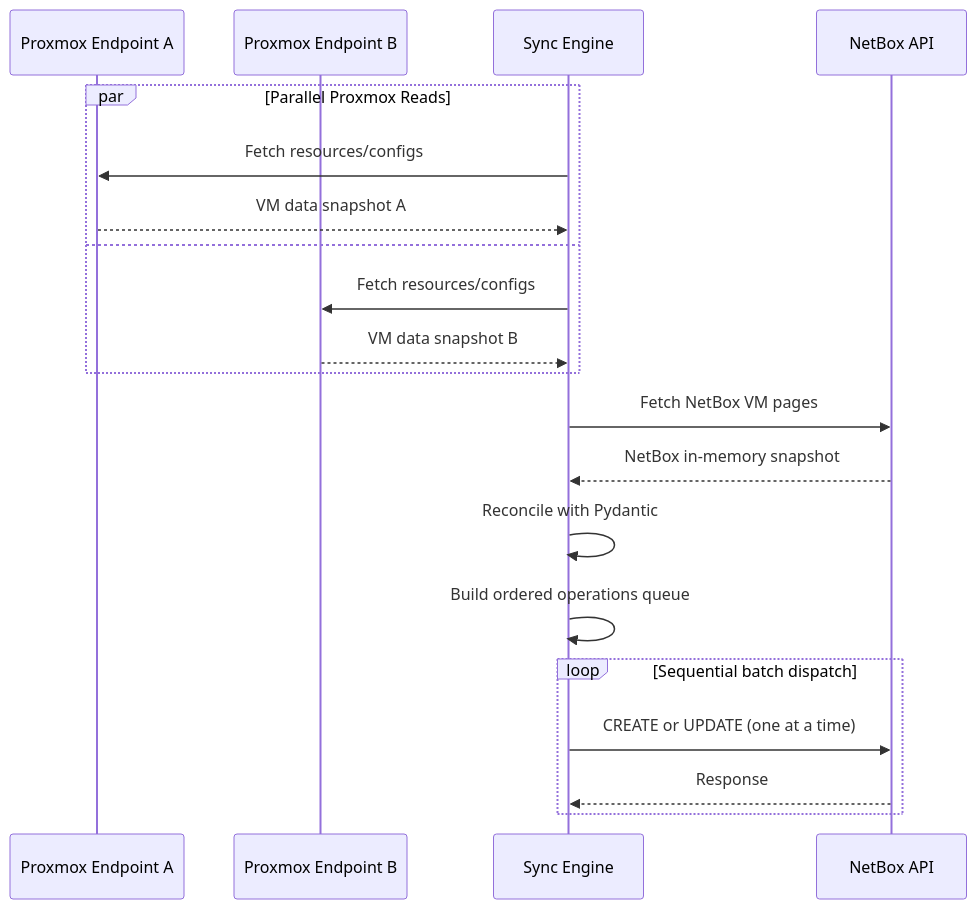
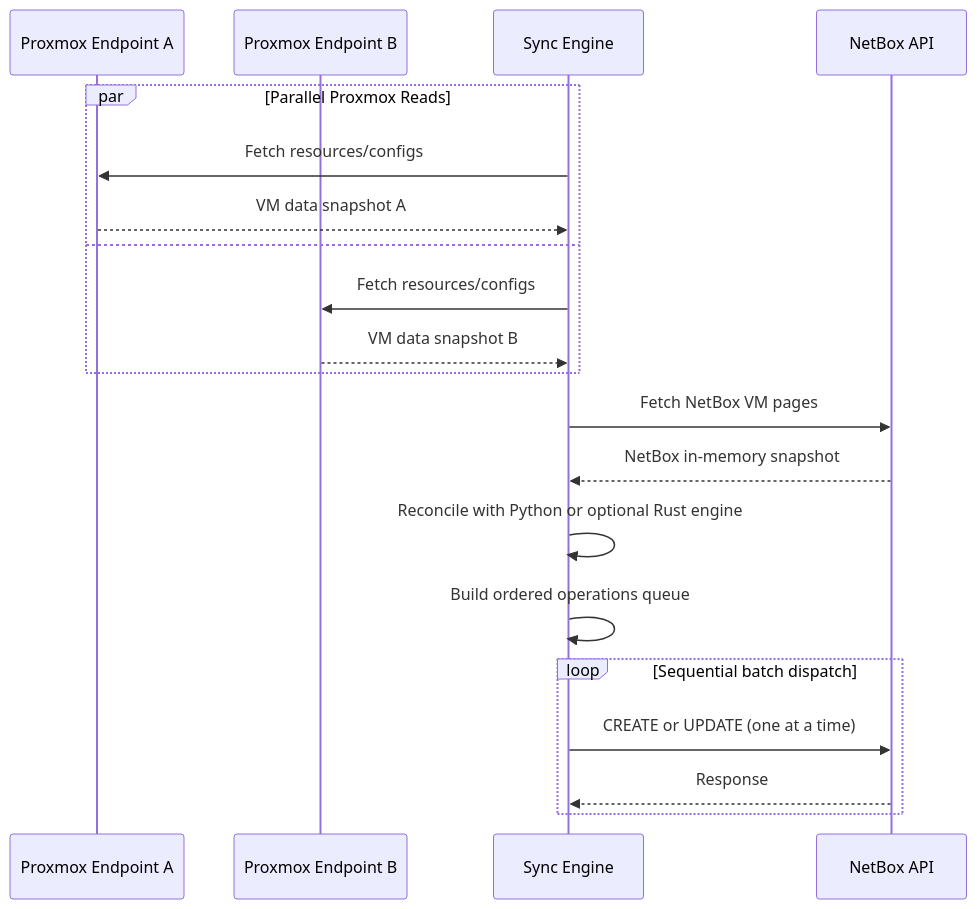
The second of 2 diagrams in docs/sync/reconciliation-architecture.md (emersonfelipesp/proxbox-api), drawn with Mermaid before and after one commit. The commit also changed other lines of this file and 7 other files, not shown here.

````diff
--- a/docs/sync/reconciliation-architecture.md
+++ b/docs/sync/reconciliation-architecture.md
@@ -103,26 +135,26 @@
 ```mermaid
 sequenceDiagram
     participant P1 as Proxmox Endpoint A
     participant P2 as Proxmox Endpoint B
     participant S as Sync Engine
     participant N as NetBox API
 
     par Parallel Proxmox Reads
         S->>P1: Fetch resources/configs
         P1-->>S: VM data snapshot A
     and
         S->>P2: Fetch resources/configs
         P2-->>S: VM data snapshot B
     end
 
     S->>N: Fetch NetBox VM pages
     N-->>S: NetBox in-memory snapshot
 
-    S->>S: Reconcile with Pydantic
+    S->>S: Reconcile with Python or optional Rust engine
     S->>S: Build ordered operations queue
 
     loop Sequential batch dispatch
         S->>N: CREATE or UPDATE (one at a time)
         N-->>S: Response
     end
 ```
````
